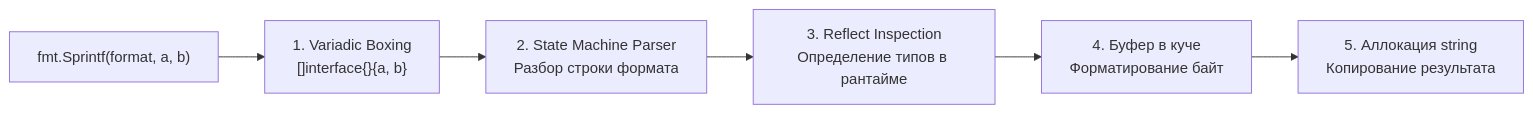
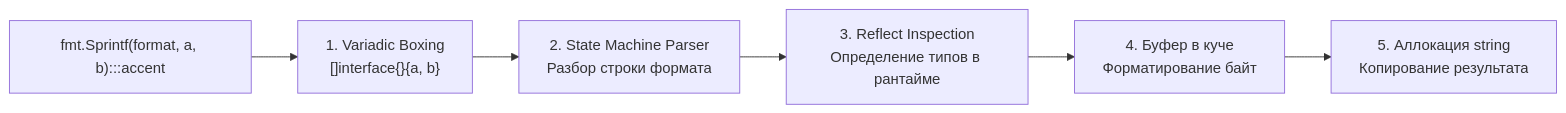
Before and after one commit to UnrealTemplier/go-textbook: the second of 2 diagrams in sources/6. Стандартная библиотека Go/2. fmt. Форматированный вывод и форматирование строк.md, drawn with Mermaid. The commit also changed other lines of this file and 1666 other files, not shown here.

First line of the commit message:
feat(mermaid): add semantic color classDef to 1369 colorless flowchart/graph diagrams

````diff
--- a/sources/6. Стандартная библиотека Go/2. fmt. Форматированный вывод и форматирование строк.md
+++ b/sources/6. Стандартная библиотека Go/2. fmt. Форматированный вывод и форматирование строк.md
@@ -106,8 +116,18 @@
 ```mermaid
 flowchart LR
-    Call["fmt.Sprintf(format, a, b)"] --> Boxing["1. Variadic Boxing<br>[]interface{}{a, b}"]
+    classDef process  fill:#1e293b,stroke:#38bdf8,stroke-width:1px,color:#f8fafc
+    classDef success  fill:#064e3b,stroke:#34d399,stroke-width:1px,color:#f8fafc
+    classDef error    fill:#7f1d1d,stroke:#f87171,stroke-width:1px,color:#f8fafc
+    classDef warning  fill:#78350f,stroke:#fbbf24,stroke-width:1px,color:#f8fafc
+    classDef entry    fill:#1e3a5f,stroke:#38bdf8,stroke-width:2px,color:#f8fafc
+    classDef aux      fill:#334155,stroke:#64748b,stroke-width:1px,color:#f8fafc
+    classDef system   fill:#312e81,stroke:#a78bfa,stroke-width:1px,color:#f8fafc
+    classDef data     fill:#132d29,stroke:#2dd4bf,stroke-width:1px,color:#f8fafc
+    classDef network  fill:#881337,stroke:#fb7185,stroke-width:1px,color:#f8fafc
+    classDef accent   fill:#1e1b4b,stroke:#818cf8,stroke-width:1px,color:#f8fafc
+    Call["fmt.Sprintf(format, a, b):::accent"] --> Boxing["1. Variadic Boxing<br>[]interface{}{a, b}"]
     Boxing --> FSM["2. State Machine Parser<br>Разбор строки формата"]
     FSM --> Reflect["3. Reflect Inspection<br>Определение типов в рантайме"]
     Reflect --> Buf["4. Буфер в куче<br>Форматирование байт"]
     Buf --> Str["5. Аллокация string<br>Копирование результата"]
 ```
````
